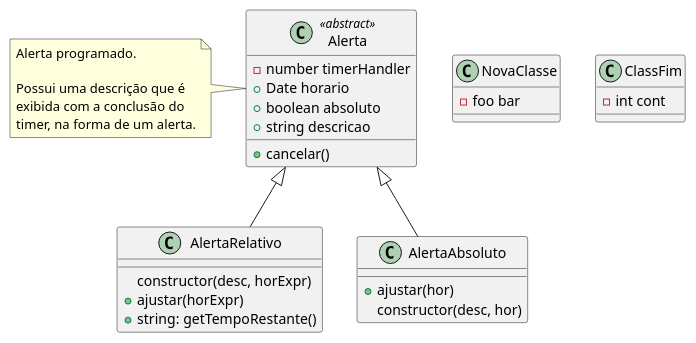
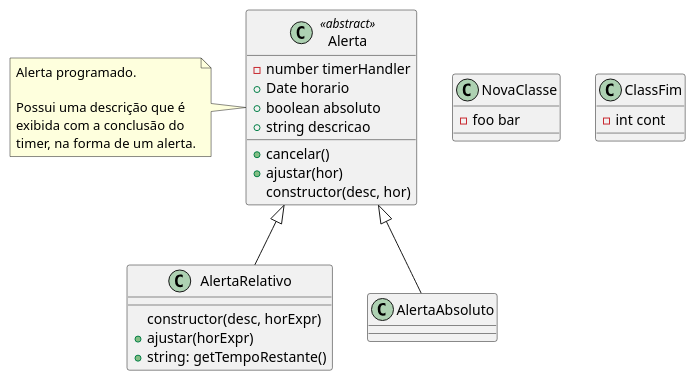
One commit to gburatto/plantuml-demo changed the diagram in classes.puml. Above: the diagram before and after it, drawn with PlantUML.

Commit message:
Move para Alerta métodos da AlertaAbsoluto

```diff
--- a/classes.puml
+++ b/classes.puml
@@ -1,36 +1,34 @@
 @startuml "Classes"
 
 top to bottom direction
 
 class NovaClasse {
   - foo bar
 }
 
 class Alerta <<abstract>> {
   - number timerHandler
   + Date horario
   + boolean absoluto
   + string descricao
   + cancelar()
+  + ajustar(hor)
+  constructor(desc, hor)
 }
 note left of Alerta : Alerta programado.\n\nPossui uma descrição que é\nexibida com a conclusão do\ntimer, na forma de um alerta.
 
 class AlertaRelativo {
   constructor(desc, horExpr)
   + ajustar(horExpr)
   + string: getTempoRestante()
 }
 
-class AlertaAbsoluto {
-  + ajustar(hor)
-  constructor(desc, hor)
-}
 
 class ClassFim {
   - int cont
 }
 
 Alerta <|-- AlertaRelativo
 Alerta <|-- AlertaAbsoluto
 
 @enduml
```
